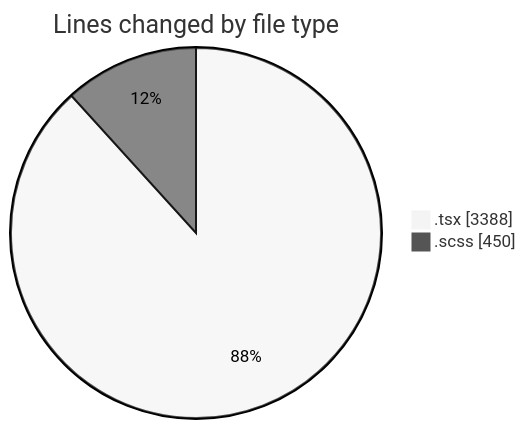
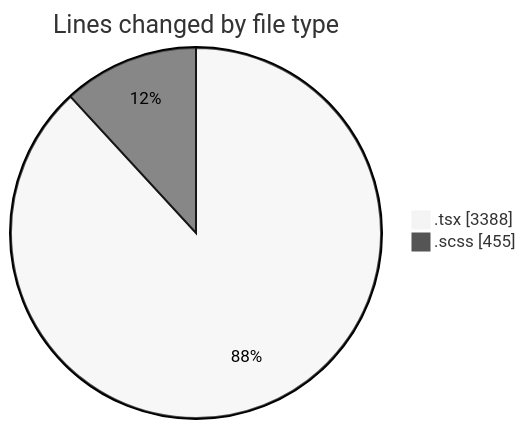
One commit to momahboobian/code-tracking changed the first of 2 diagrams in 2025-09-30/cda/README.md. Above: the diagram before and after it, drawn with Mermaid (neutral theme). The commit also changed other lines of this file and 1 other file, not shown here.

````diff
--- a/2025-09-30/cda/README.md
+++ b/2025-09-30/cda/README.md
@@ -25,6 +25,6 @@
 ```mermaid
 pie showData
 title Lines changed by file type
 ".tsx" : 3388
-".scss" : 450
+".scss" : 455
 ```
````
